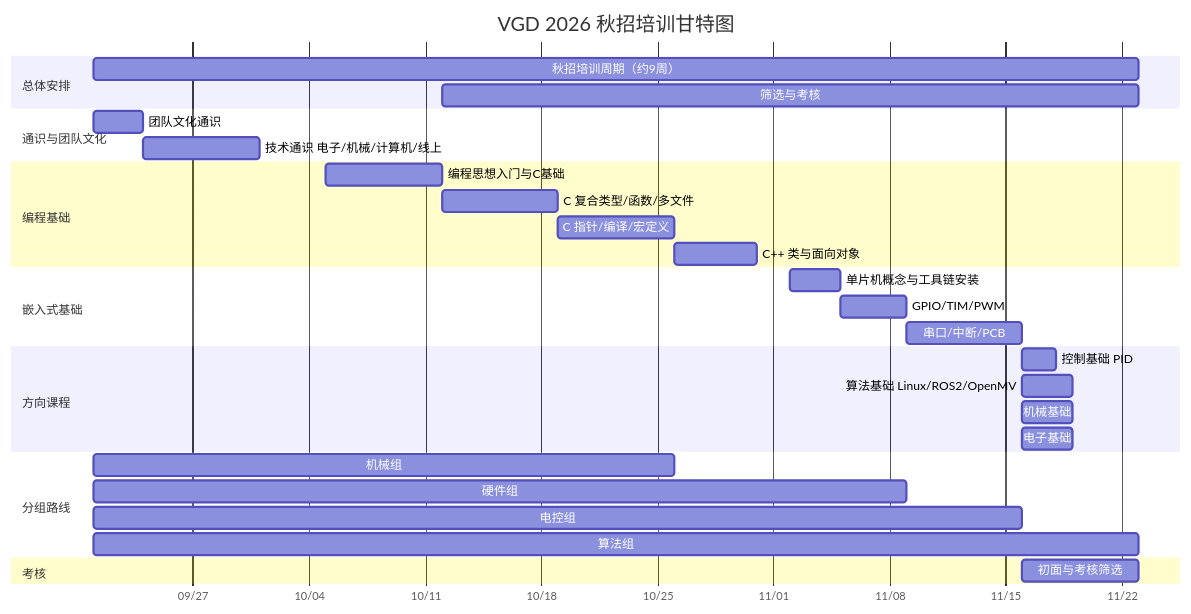
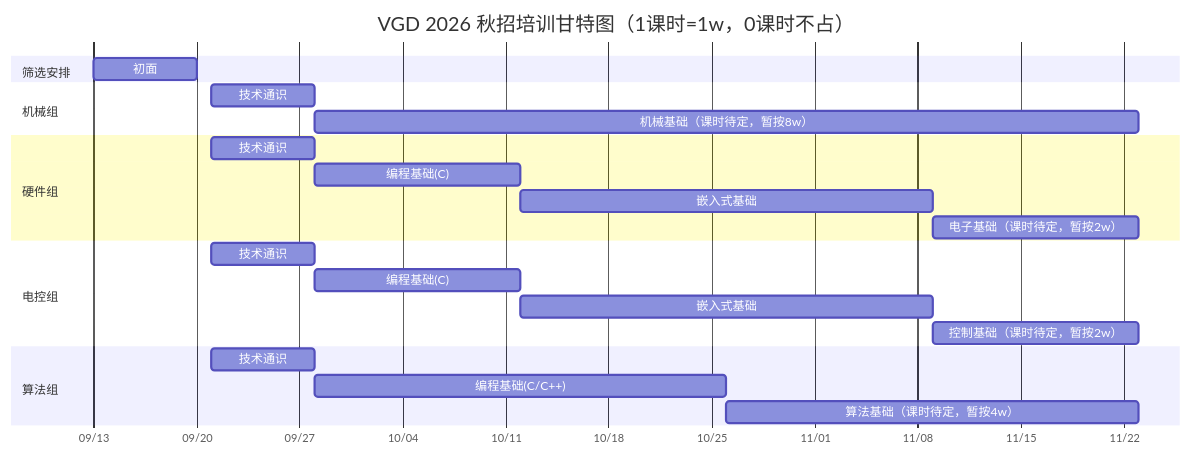
Before and after one commit to chuvgd/chuvgd-wiki: the diagram in training.md, drawn with Mermaid. The commit also changed other lines of this file, not shown here.

Commit message:
docs: update training

````diff
--- a/training.md
+++ b/training.md
@@ -102,41 +105,31 @@
 ```mermaid
 gantt
-    title VGD 2026 秋招培训甘特图
+    title VGD 2026 秋招培训甘特图（1课时=1w，0课时不占）
     dateFormat YYYY-MM-DD
     axisFormat %m/%d
     todayMarker off
 
-    section 总体安排
-    秋招培训周期（约9周） :a1, 2026-09-21, 63d
-    筛选与考核 :a2, 2026-10-12, 42d
+    section 筛选安排
+    初面 :2026-09-13, 1w
 
-    section 通识与团队文化
-    团队文化通识 :2026-09-21, 3d
-    技术通识 电子/机械/计算机/线上 :2026-09-24, 7d
+    section 机械组
+    技术通识 :2026-09-21, 1w
+    机械基础（课时待定，暂按8w） :2026-09-28, 8w
 
-    section 编程基础
-    编程思想入门与C基础 :2026-10-05, 7d
-    C 复合类型/函数/多文件 :2026-10-12, 7d
-    C 指针/编译/宏定义 :2026-10-19, 7d
-    C++ 类与面向对象 :2026-10-26, 5d
+    section 硬件组
+    技术通识 :2026-09-21, 1w
+    编程基础(C) :2026-09-28, 2w
+    嵌入式基础 :2026-10-12, 4w
+    电子基础（课时待定，暂按2w） :2026-11-09, 2w
 
-    section 嵌入式基础
-    单片机概念与工具链安装 :2026-11-02, 3d
-    GPIO/TIM/PWM :2026-11-05, 4d
-    串口/中断/PCB :2026-11-09, 7d
+    section 电控组
+    技术通识 :2026-09-21, 1w
+    编程基础(C) :2026-09-28, 2w
+    嵌入式基础 :2026-10-12, 4w
+    控制基础（课时待定，暂按2w） :2026-11-09, 2w
 
-    section 方向课程
-    控制基础 PID :2026-11-16, 2d
-    算法基础 Linux/ROS2/OpenMV :2026-11-16, 3d
-    机械基础 :2026-11-16, 3d
-    电子基础 :2026-11-16, 3d
-
-    section 分组路线
-    机械组 :2026-09-21, 35d
-    硬件组 :2026-09-21, 49d
-    电控组 :2026-09-21, 56d
-    算法组 :2026-09-21, 63d
-
-    section 考核
-    初面与考核筛选 :2026-11-16, 7d
+    section 算法组
+    技术通识 :2026-09-21, 1w
+    编程基础(C/C++) :2026-09-28, 4w
+    算法基础（课时待定，暂按4w） :2026-10-26, 4w
 ```
````
